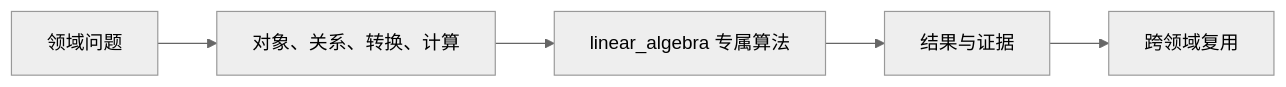
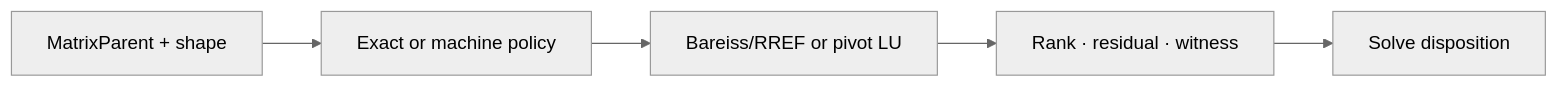
One commit to ai4waifu/athena.rs changed the first of 3 diagrams in projects/athena-engine/src/domains/linear_algebra/readme.md. Above: the diagram before and after it, drawn with Mermaid (neutral theme). The commit also changed other lines of this file and 21 other files, not shown here.

````diff
--- a/projects/athena-engine/src/domains/linear_algebra/readme.md
+++ b/projects/athena-engine/src/domains/linear_algebra/readme.md
@@ -15,7 +15,7 @@
 ```mermaid
 flowchart LR
-    Problem["领域问题"] --> Decompose["对象、关系、转换、计算"]
-    Decompose --> Algorithm["linear_algebra 专属算法"]
-    Algorithm --> Evidence["结果与证据"]
-    Evidence --> Cross["跨领域复用"]
+ M["MatrixParent + shape"] --> E["Exact or machine policy"]
+ E --> F["Bareiss/RREF or pivot LU"]
+ F --> W["Rank · residual · witness"]
+ W --> S["Solve disposition"]
 ```
````
